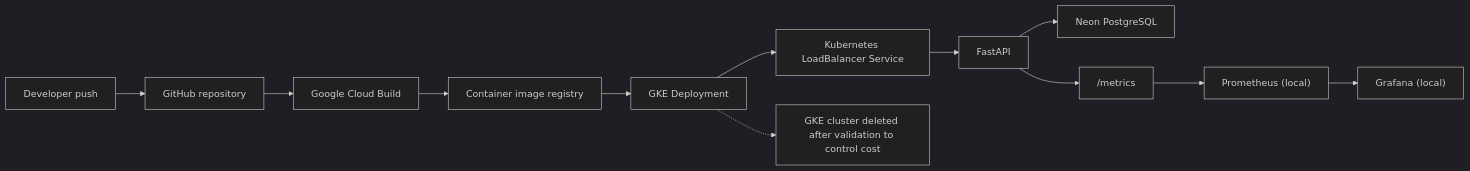
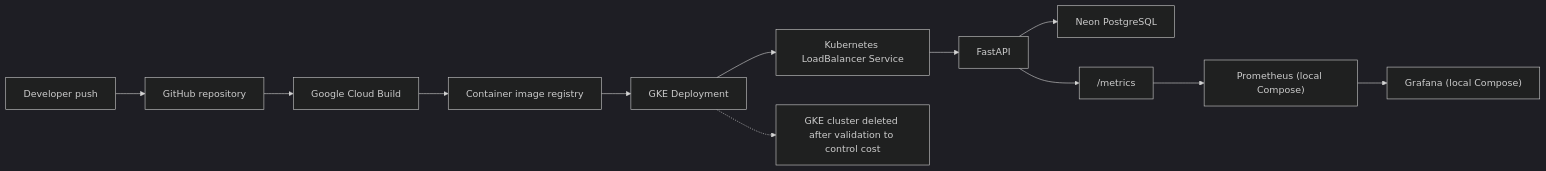
Before and after one commit to gerardinhoo/applytrack-api: the diagram in README.md, drawn with Mermaid (dark theme). The commit also changed other lines of this file and 12 other files, not shown here.

````diff
--- a/README.md
+++ b/README.md
@@ -41,16 +45,16 @@
 ```mermaid
 flowchart LR
     developer["Developer push"] --> github["GitHub repository"]
     github --> cloudbuild["Google Cloud Build"]
     cloudbuild --> registry["Container image registry"]
     registry --> deployment["GKE Deployment"]
     deployment --> service["Kubernetes LoadBalancer Service"]
     service --> api["FastAPI"]
     api --> neon["Neon PostgreSQL"]
 
     api --> metrics["/metrics"]
-    metrics --> prometheus["Prometheus (local)"]
-    prometheus --> grafana["Grafana (local)"]
+    metrics --> prometheus["Prometheus (local Compose)"]
+    prometheus --> grafana["Grafana (local Compose)"]
 
     deployment -.-> cleanup["GKE cluster deleted after validation to control cost"]
 ```
````
